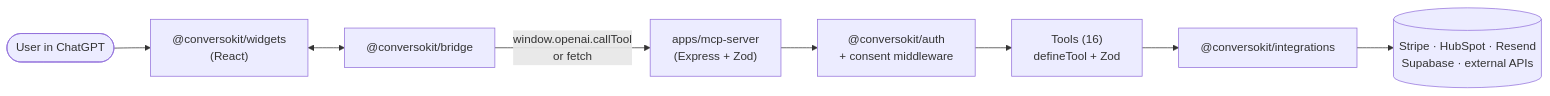
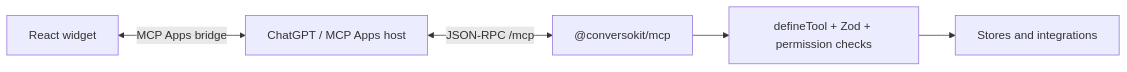
One commit to Xyborg/ConversoKit changed the first of 2 diagrams in README.md. Above: the diagram before and after it, drawn with Mermaid. The commit also changed other lines of this file and 123 other files, not shown here.

First line of the commit message:
Release ConversoKit 0.2.0: MCP Apps and production theme fix (#7)

````diff
--- a/README.md
+++ b/README.md
@@ -52,10 +53,7 @@
 ```mermaid
 flowchart LR
-    User([User in ChatGPT]) --> Widgets["@conversokit/widgets<br/>(React)"]
-    Widgets <--> Bridge["@conversokit/bridge"]
-    Bridge -->|"window.openai.callTool<br/>or fetch"| MCP["apps/mcp-server<br/>(Express + Zod)"]
-    MCP --> Auth["@conversokit/auth<br/>+ consent middleware"]
-    Auth --> Tools["Tools (16)<br/>defineTool + Zod"]
-    Tools --> Integrations["@conversokit/integrations"]
-    Integrations --> External[("Stripe · HubSpot · Resend<br/>Supabase · external APIs")]
+    Host["ChatGPT / MCP Apps host"] <-->|"JSON-RPC /mcp"| MCP["@conversokit/mcp"]
+    Widgets["React widget"] <-->|"MCP Apps bridge"| Host
+    MCP --> Tools["defineTool + Zod + permission checks"]
+    Tools --> Integrations["Stores and integrations"]
 ```
````
